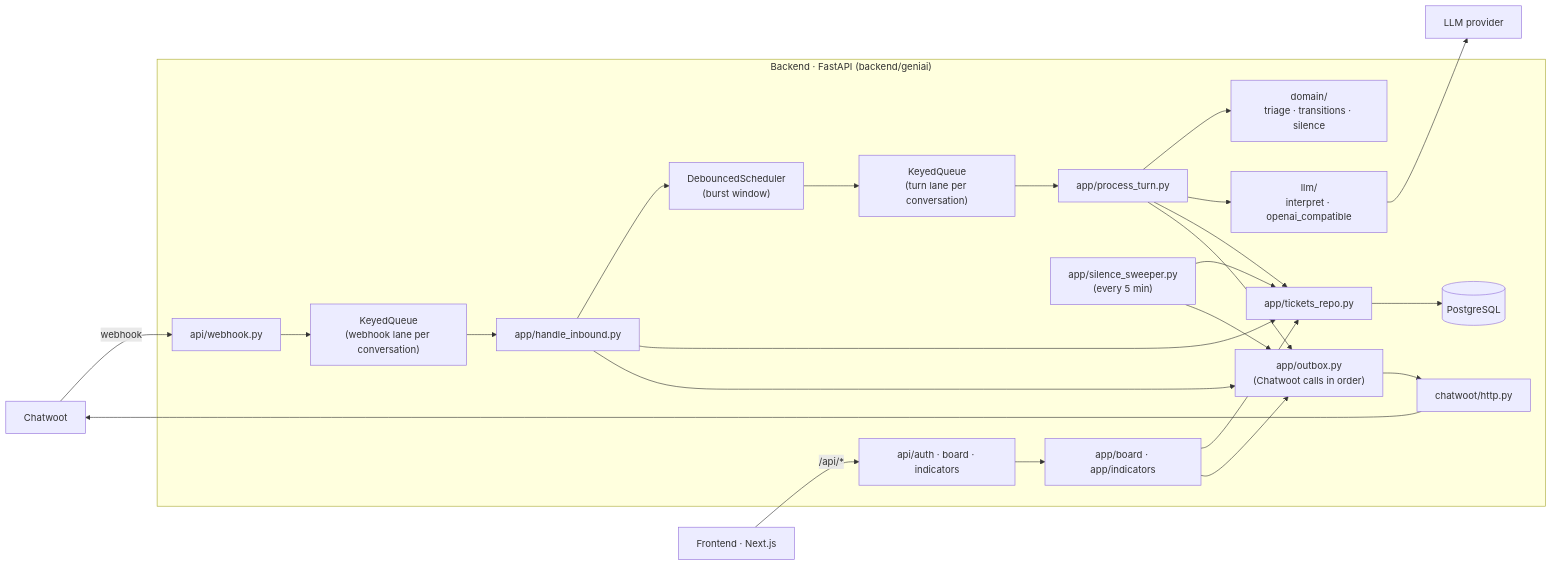
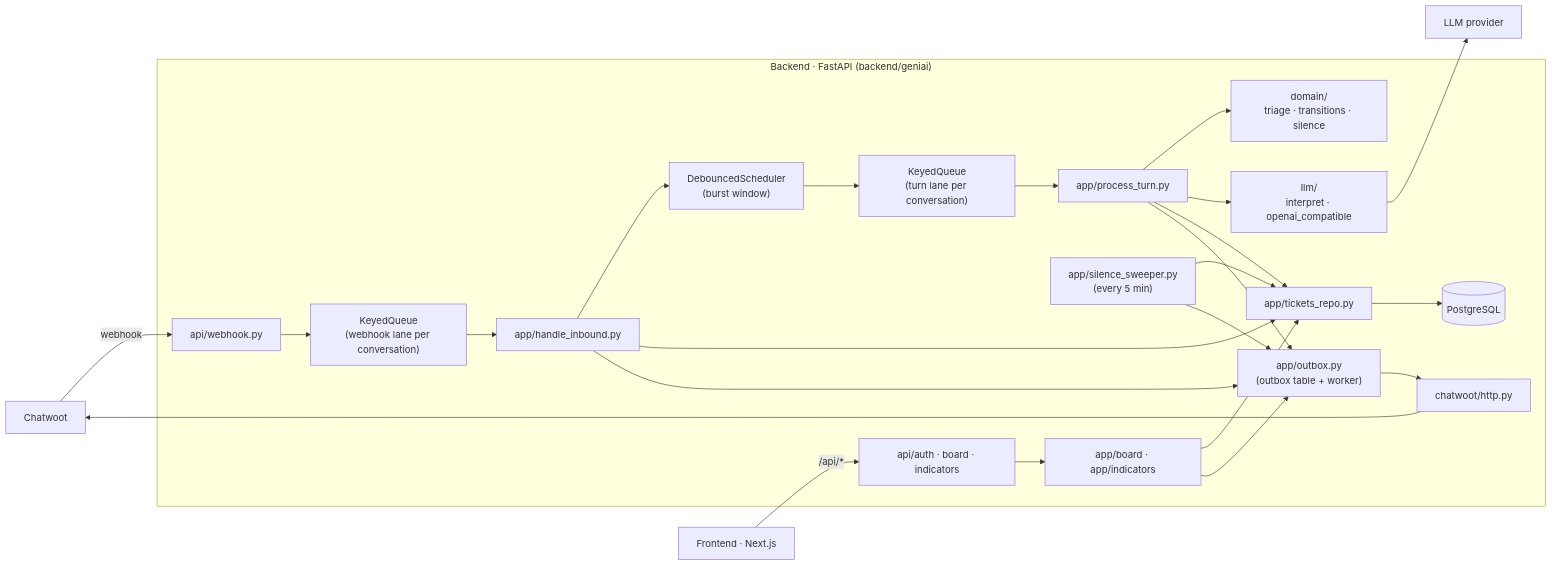
The first of 2 diagrams in docs/architecture.md (cauedev30/chatbot-atendimento-geniai), drawn with Mermaid before and after one commit. The commit also changed other lines of this file and 17 other files, not shown here.

First line of the commit message:
feat(backend): send Chatwoot calls through a durable outbox

````diff
--- a/docs/architecture.md
+++ b/docs/architecture.md
@@ -10,19 +10,19 @@
 ```mermaid
 flowchart LR
     CW["Chatwoot"] -- "webhook" --> WH
     subgraph BE["Backend · FastAPI (backend/geniai)"]
         WH["api/webhook.py"] --> Q["KeyedQueue<br/>(webhook lane per conversation)"]
         Q --> IN["app/handle_inbound.py"]
         IN --> SCH["DebouncedScheduler<br/>(burst window)"]
         SCH --> Q2["KeyedQueue<br/>(turn lane per conversation)"] --> TURN["app/process_turn.py"]
         TURN --> DOM["domain/<br/>triage · transitions · silence"]
         TURN --> LLMA["llm/<br/>interpret · openai_compatible"]
         SW["app/silence_sweeper.py<br/>(every 5 min)"]
         API["api/auth · board · indicators"] --> USE["app/board · app/indicators"]
         IN & TURN & SW & USE --> REPO["app/tickets_repo.py"] --> DB[("PostgreSQL")]
-        IN & TURN & SW & USE --> OB["app/outbox.py<br/>(Chatwoot calls in order)"] --> CWC["chatwoot/http.py"]
+        IN & TURN & SW & USE --> OB["app/outbox.py<br/>(outbox table + worker)"] --> CWC["chatwoot/http.py"]
     end
     CWC --> CW
     LLMA --> LLM["LLM provider"]
     FE["Frontend · Next.js"] -- "/api/*" --> API
 ```
````
